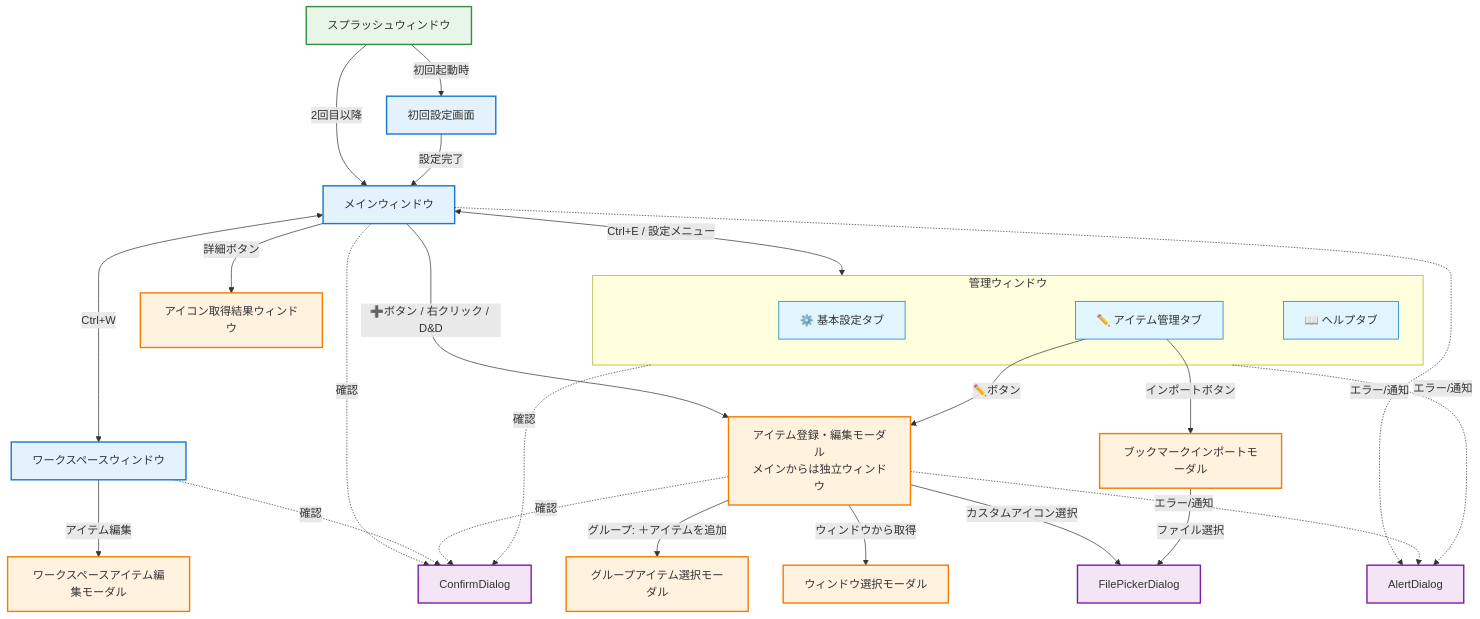
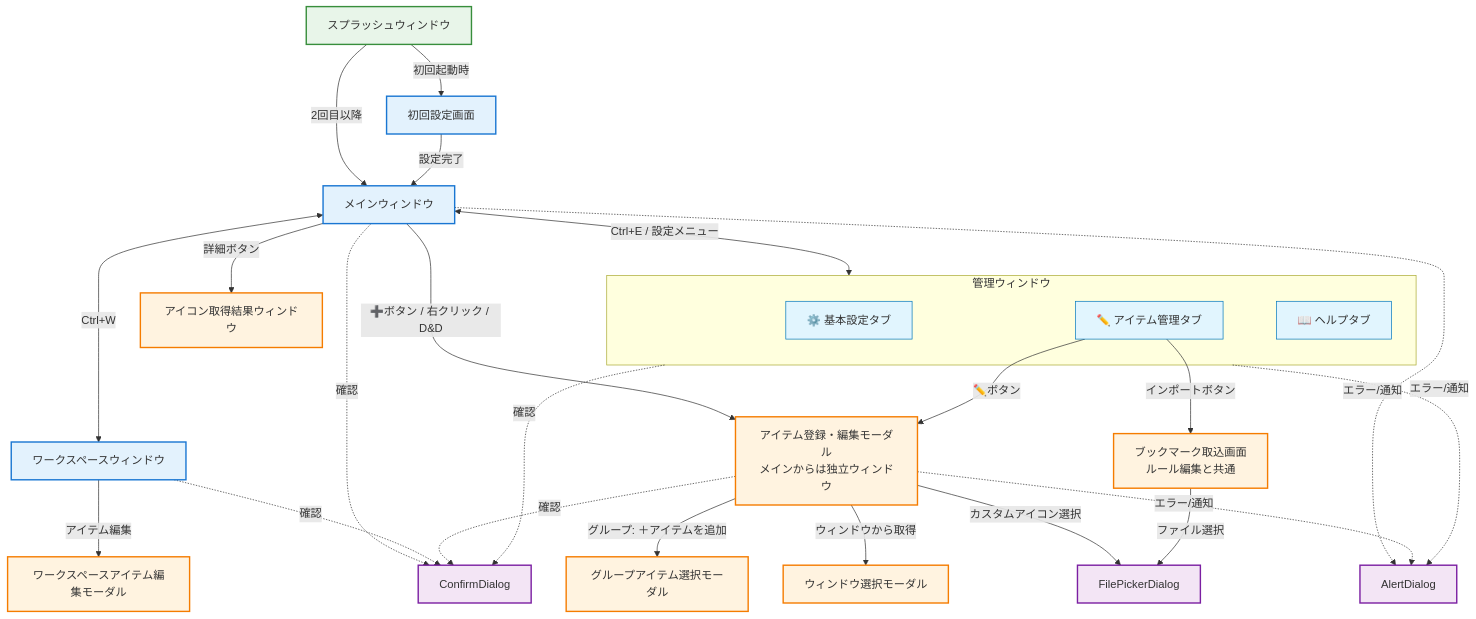
One commit to masaodev/quick-dash-launcher changed the diagram in docs/screens/screen-transitions.md. Above: the diagram before and after it, drawn with Mermaid. The commit also changed other lines of this file and 25 other files, not shown here.

````diff
--- a/docs/screens/screen-transitions.md
+++ b/docs/screens/screen-transitions.md
@@ -7,76 +7,76 @@
 ```mermaid
 graph TD
     %% ウィンドウ
     Splash[スプラッシュウィンドウ]
     FirstLaunch[初回設定画面]
     Main[メインウィンドウ]
     Workspace[ワークスペースウィンドウ]
 
     %% 管理ウィンドウ（タブ別）
     subgraph AdminWindow[管理ウィンドウ]
         AdminSettings[⚙️ 基本設定タブ]
         AdminItems[✏️ アイテム管理タブ]
         AdminOther[📖 ヘルプタブ]
     end
 
     %% モーダル
     Register[アイテム登録・編集モーダル<br/>メインからは独立ウィンドウ]
-    BookmarkImport[ブックマークインポートモーダル]
+    BookmarkImport[ブックマーク取込画面<br/>ルール編集と共通]
     GroupSelect[グループアイテム選択モーダル]
     WindowSelect[ウィンドウ選択モーダル]
     IconProgress[アイコン取得結果ウィンドウ]
     WorkspaceItemEdit[ワークスペースアイテム編集モーダル]
 
     %% ダイアログ
     FilePicker[FilePickerDialog]
     Alert[AlertDialog]
     Confirm[ConfirmDialog]
 
     %% 起動時の流れ
     Splash -->|初回起動時| FirstLaunch
     Splash -->|2回目以降| Main
     FirstLaunch -->|設定完了| Main
 
     %% メインウィンドウの遷移
     Main <-->|Ctrl+E / 設定メニュー| AdminWindow
     Main <-->|Ctrl+W| Workspace
     Main -->|➕ボタン / 右クリック / D&D| Register
     Main -->|詳細ボタン| IconProgress
 
     %% 管理ウィンドウの遷移
     AdminItems -->|✏️ボタン| Register
     AdminItems -->|インポートボタン| BookmarkImport
 
     %% ワークスペースウィンドウの遷移
     Workspace -->|アイテム編集| WorkspaceItemEdit
 
     %% アイテム登録・編集モーダルの遷移
     Register -->|グループ: ＋アイテムを追加| GroupSelect
     Register -->|ウィンドウから取得| WindowSelect
     Register -->|カスタムアイコン選択| FilePicker
 
     %% ブックマークインポートモーダルの遷移
     BookmarkImport -->|ファイル選択| FilePicker
 
     %% 共通ダイアログの使用（破線で表示）
     Main -.->|エラー/通知| Alert
     Main -.->|確認| Confirm
     AdminWindow -.->|エラー/通知| Alert
     AdminWindow -.->|確認| Confirm
     Workspace -.->|確認| Confirm
     Register -.->|エラー/通知| Alert
     Register -.->|確認| Confirm
 
     %% スタイル定義
     classDef window fill:#e3f2fd,stroke:#1976d2,stroke-width:2px
     classDef modal fill:#fff3e0,stroke:#f57c00,stroke-width:2px
     classDef dialog fill:#f3e5f5,stroke:#7b1fa2,stroke-width:2px
     classDef splash fill:#e8f5e9,stroke:#388e3c,stroke-width:2px
     classDef adminTab fill:#e1f5fe,stroke:#0277bd,stroke-width:1px
 
     class Splash splash
     class FirstLaunch,Main,Workspace window
     class AdminSettings,AdminItems,AdminOther adminTab
     class Register,BookmarkImport,GroupSelect,WindowSelect,IconProgress,WorkspaceItemEdit modal
     class FilePicker,Alert,Confirm dialog
 ```
````
